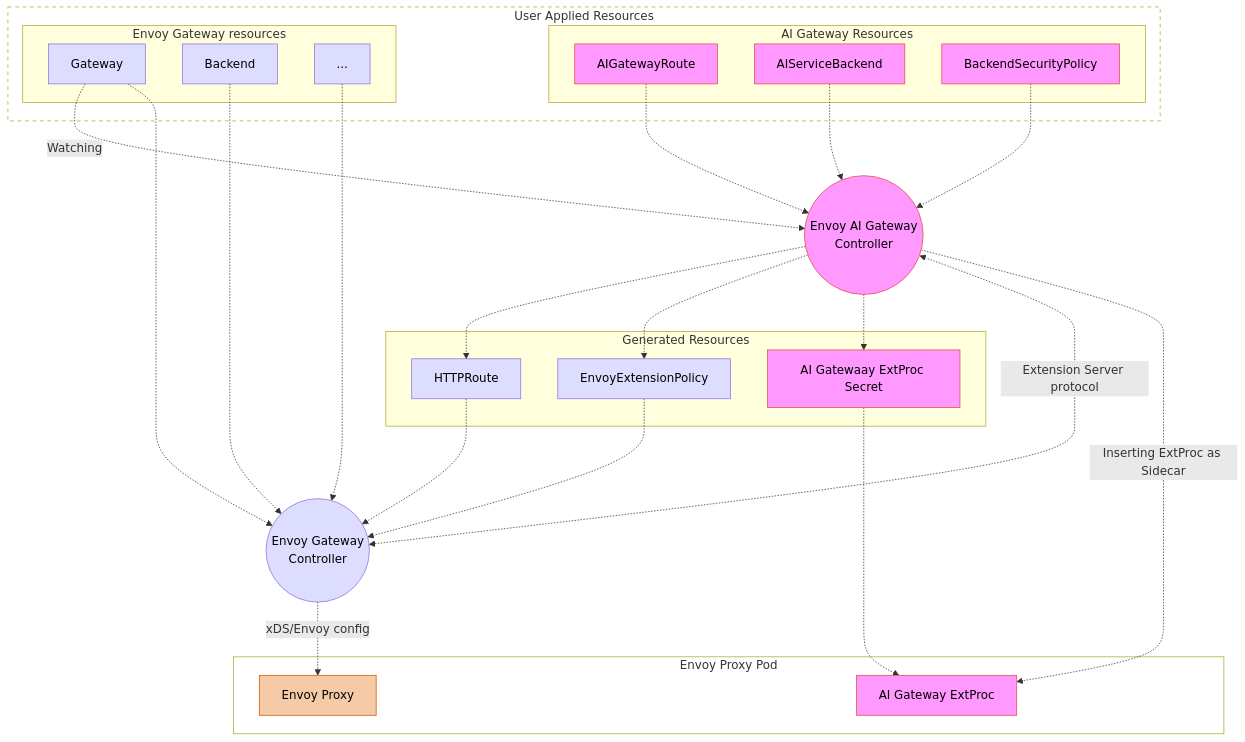
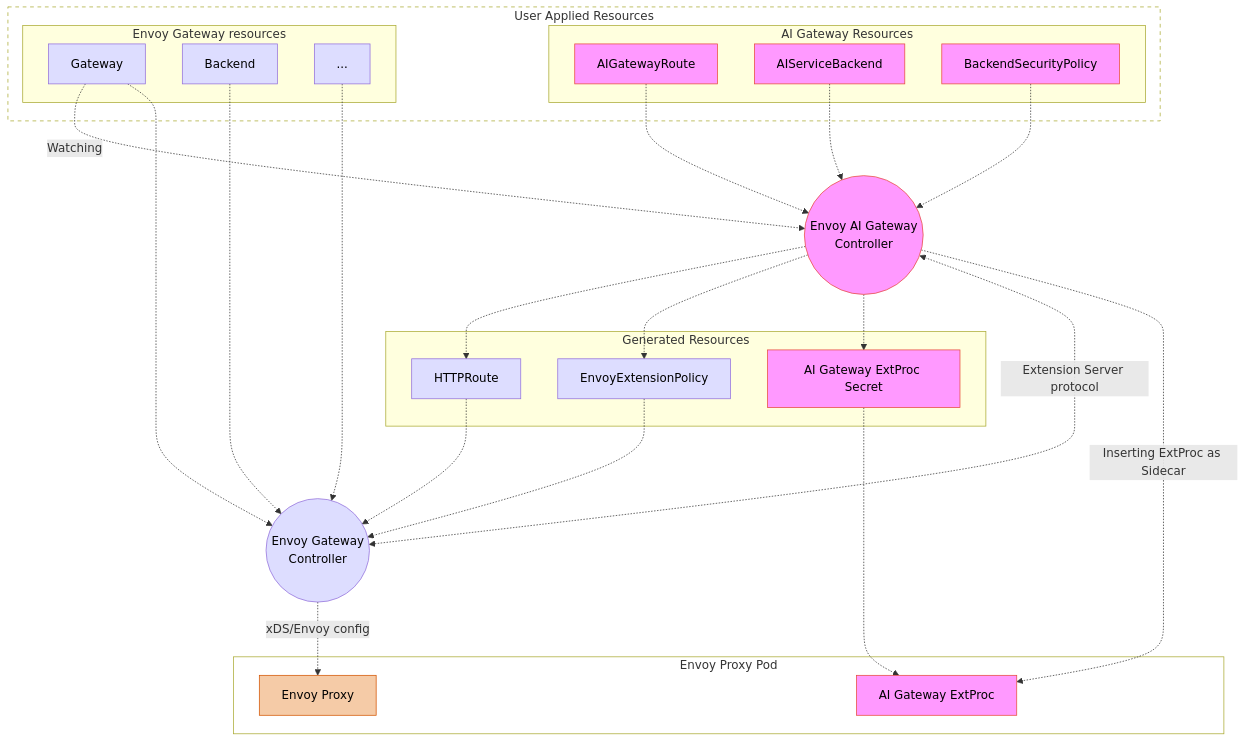
The diagram in site/docs/concepts/architecture/control-plane.md (yduwcui/ai-gateway), drawn with Mermaid before and after one commit. The commit also changed 15 other files, not shown here.

````diff
--- a/site/docs/concepts/architecture/control-plane.md
+++ b/site/docs/concepts/architecture/control-plane.md
@@ -11,61 +11,61 @@
 ```mermaid
 graph TB
     %% Define styles for different component categories
     classDef aiGatewayStyle fill:#f9f,stroke:#E74C3C,color:#000
     classDef envoyGatewayStyle fill:#ddf,stroke:#none,color:#000
     classDef aiGatewayResourceStyle fill:#f9f,stroke:#E74C3C,color:#000
     classDef envoyGatewayResourceStyle fill:#ddf,stroke:#none,color:#000
     classDef generatedResourceStyle fill:#ddf,stroke:#none,color:#000
     classDef envoyProxyStyle fill:#F5CBA7,stroke:#D35400,color:#000
     classDef aiGatewayExtProcStyle fill:#f9f,stroke:#E74C3C,color:#000
 
     subgraph "UserAppliedResources"["User Applied Resources"]
         subgraph "AI Gateway Resources"
             AIGatewayRoute:::aiGatewayResourceStyle
             AIServiceBackend:::aiGatewayResourceStyle
             BackendSecurityPolicy:::aiGatewayResourceStyle
         end
         subgraph "Envoy Gateway resources"
             Gateway:::envoyGatewayResourceStyle
             Backend:::envoyGatewayResourceStyle
             EGDots[...]:::envoyGatewayResourceStyle
         end
     end
     style UserAppliedResources fill:none,stroke-dasharray:5
 
     AIGateway((Envoy AI Gateway
                     Controller)):::aiGatewayStyle
     EnvoyGateway((Envoy Gateway
                     Controller)):::envoyGatewayStyle
     subgraph "Generated Resources"
         HTTPRoute:::generatedResourceStyle
         EnvoyExtensionPolicy:::generatedResourceStyle
-        ExtProcConfigSecret[AI Gatewaay ExtProc Secret]:::aiGatewayExtProcStyle
+        ExtProcConfigSecret[AI Gateway ExtProc Secret]:::aiGatewayExtProcStyle
     end
 
     subgraph "EnvoyProxyPod"[Envoy Proxy Pod]
         EnvoyProxy[Envoy Proxy]:::envoyProxyStyle
         AIExtProc[AI Gateway ExtProc]:::aiGatewayExtProcStyle
     end
     style EnvoyProxyPod fill:none,stroke:5
 
     AIGatewayRoute -.->AIGateway
     AIServiceBackend -.->AIGateway
     BackendSecurityPolicy -.->AIGateway
     Gateway -.->|Watching|AIGateway
 
     Gateway -.->EnvoyGateway
     Backend -.->EnvoyGateway
     EGDots -.->EnvoyGateway
 
     AIGateway -.->HTTPRoute
     AIGateway -.->EnvoyExtensionPolicy
     AIGateway -.->ExtProcConfigSecret
     HTTPRoute -.->EnvoyGateway
     EnvoyExtensionPolicy -.->EnvoyGateway
     ExtProcConfigSecret -.->AIExtProc
 
     EnvoyGateway -.->|xDS/Envoy config|EnvoyProxy
     AIGateway <-.->|Extension Server protocol|EnvoyGateway
     AIGateway -.->|Inserting ExtProc as Sidecar|AIExtProc
 ```
````
